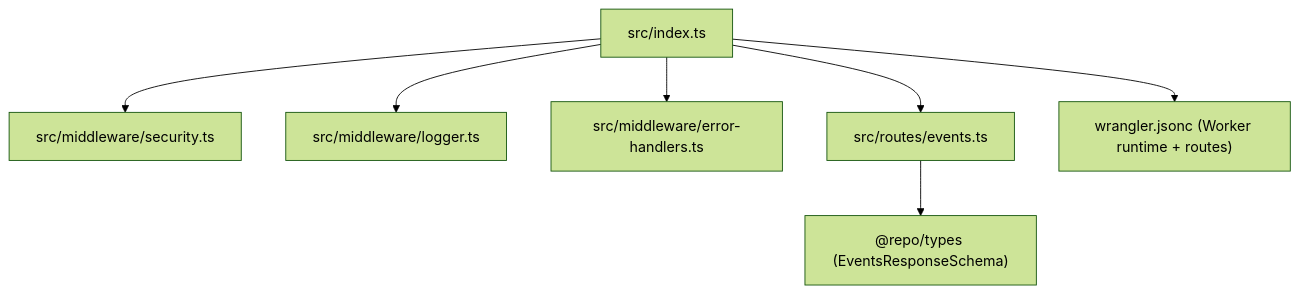
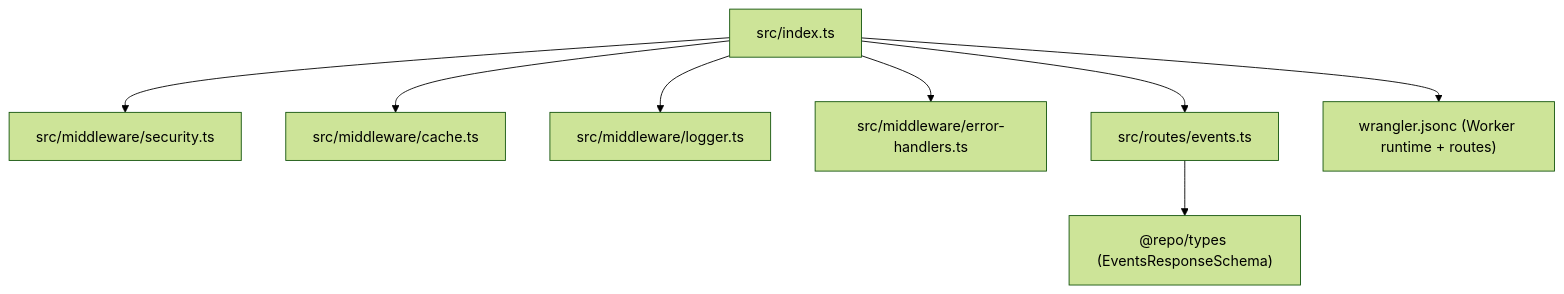
The second of 2 diagrams in apps/api/README.md (valuecodes/Rehoboam-UI), drawn with Mermaid (forest theme) before and after one commit. The commit also changed other lines of this file and 4 other files, not shown here.

````diff
--- a/apps/api/README.md
+++ b/apps/api/README.md
@@ -44,9 +45,10 @@
 ```mermaid
 flowchart TD
     IDX["src/index.ts"] --> SEC["src/middleware/security.ts"]
+    IDX --> CACHE["src/middleware/cache.ts"]
     IDX --> LOG["src/middleware/logger.ts"]
     IDX --> ERR["src/middleware/error-handlers.ts"]
     IDX --> EVT["src/routes/events.ts"]
     EVT --> TYPES["@repo/types (EventsResponseSchema)"]
     IDX --> CFG["wrangler.jsonc (Worker runtime + routes)"]
 ```
````
